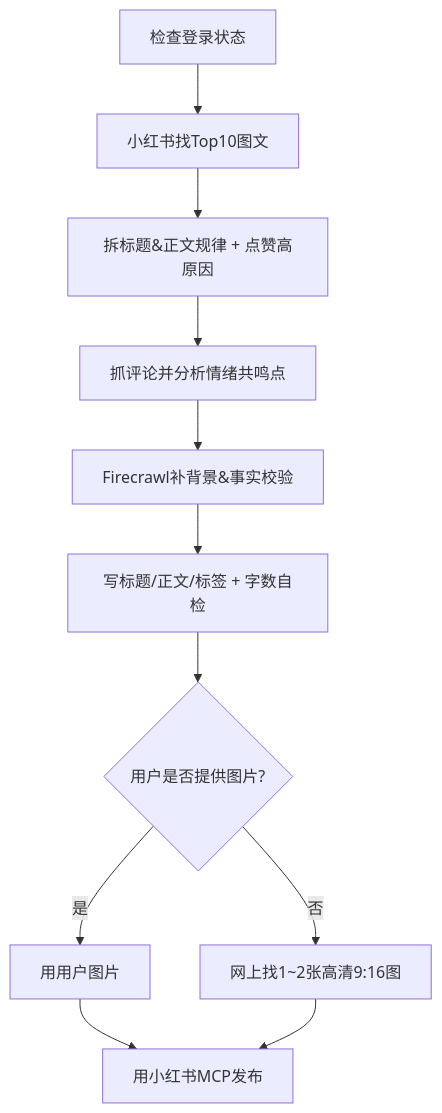
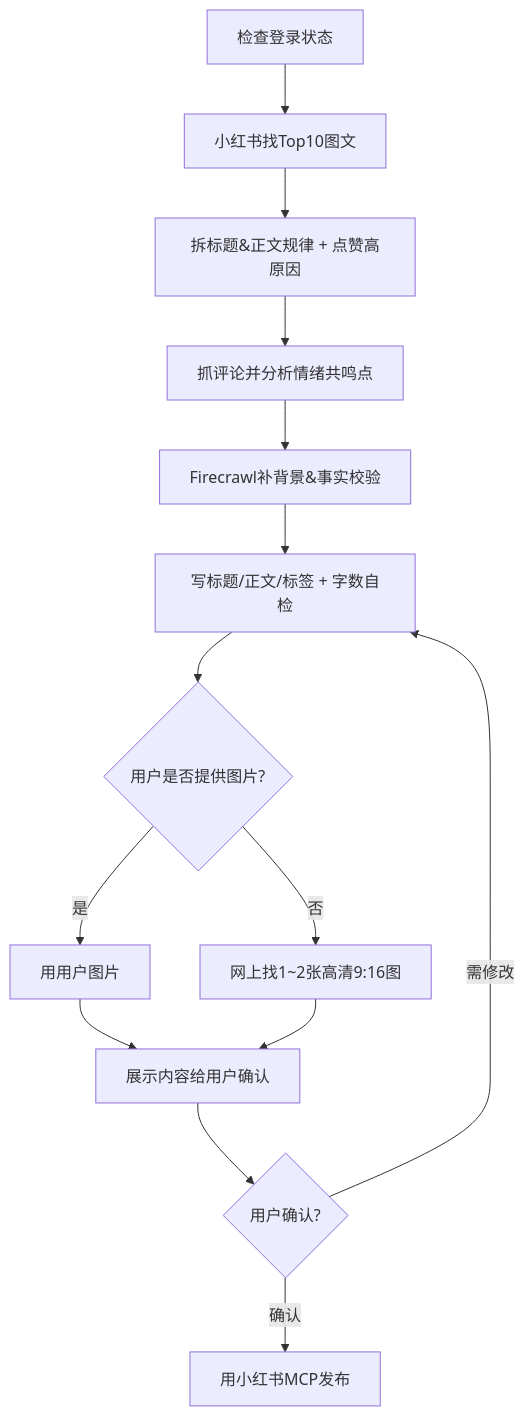
The diagram in skills/write-xiaohongshu/SKILL.md (adjfks/corner-skills), drawn with Mermaid before and after one commit. The commit also changed other lines of this file and 2 other files, not shown here.

````diff
--- a/skills/write-xiaohongshu/SKILL.md
+++ b/skills/write-xiaohongshu/SKILL.md
@@ -46,13 +46,16 @@
 ```mermaid
 flowchart TD
   A[检查登录状态] --> B[小红书找Top10图文]
   B --> C[拆标题&正文规律 + 点赞高原因]
   C --> D[抓评论并分析情绪共鸣点]
   D --> E[Firecrawl补背景&事实校验]
   E --> F[写标题/正文/标签 + 字数自检]
   F --> G{用户是否提供图片?}
   G -- 是 --> H[用用户图片]
   G -- 否 --> I[网上找1~2张高清9:16图]
-  H --> J[用小红书MCP发布]
+  H --> J[展示内容给用户确认]
   I --> J
+  J --> K{用户确认?}
+  K -- 确认 --> L[用小红书MCP发布]
+  K -- 需修改 --> F
 ```
````
